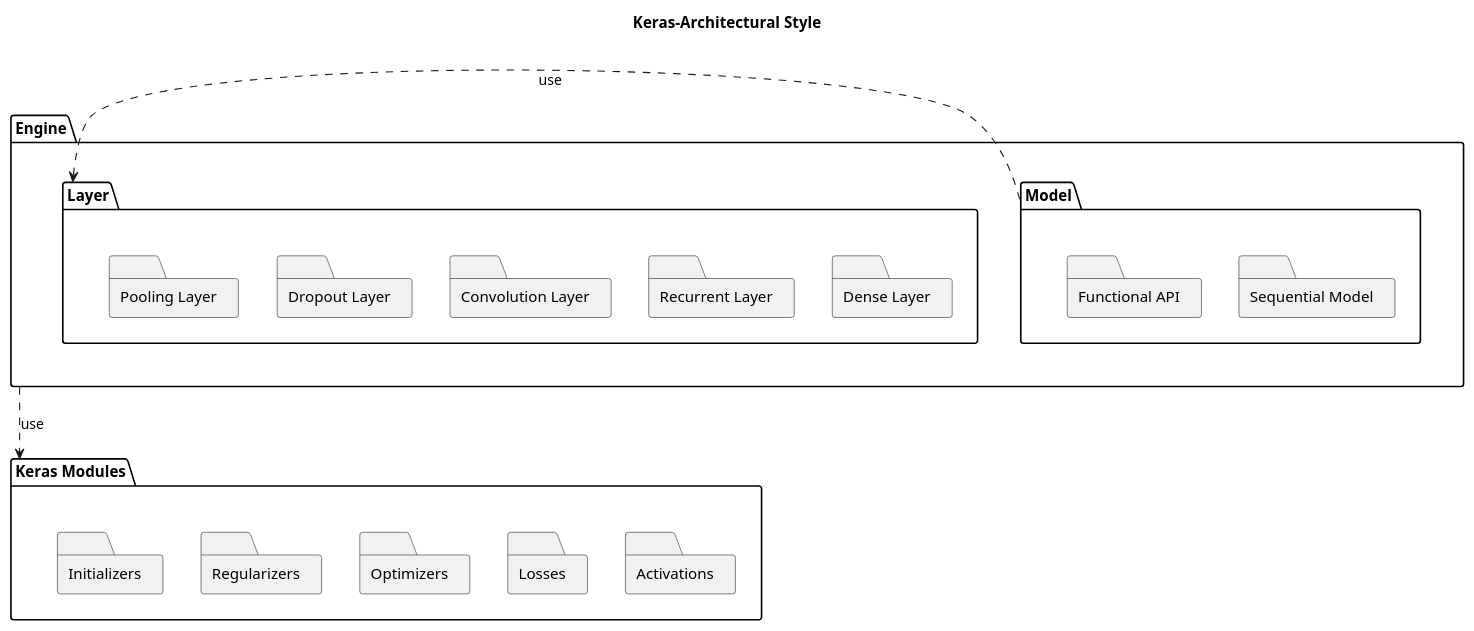
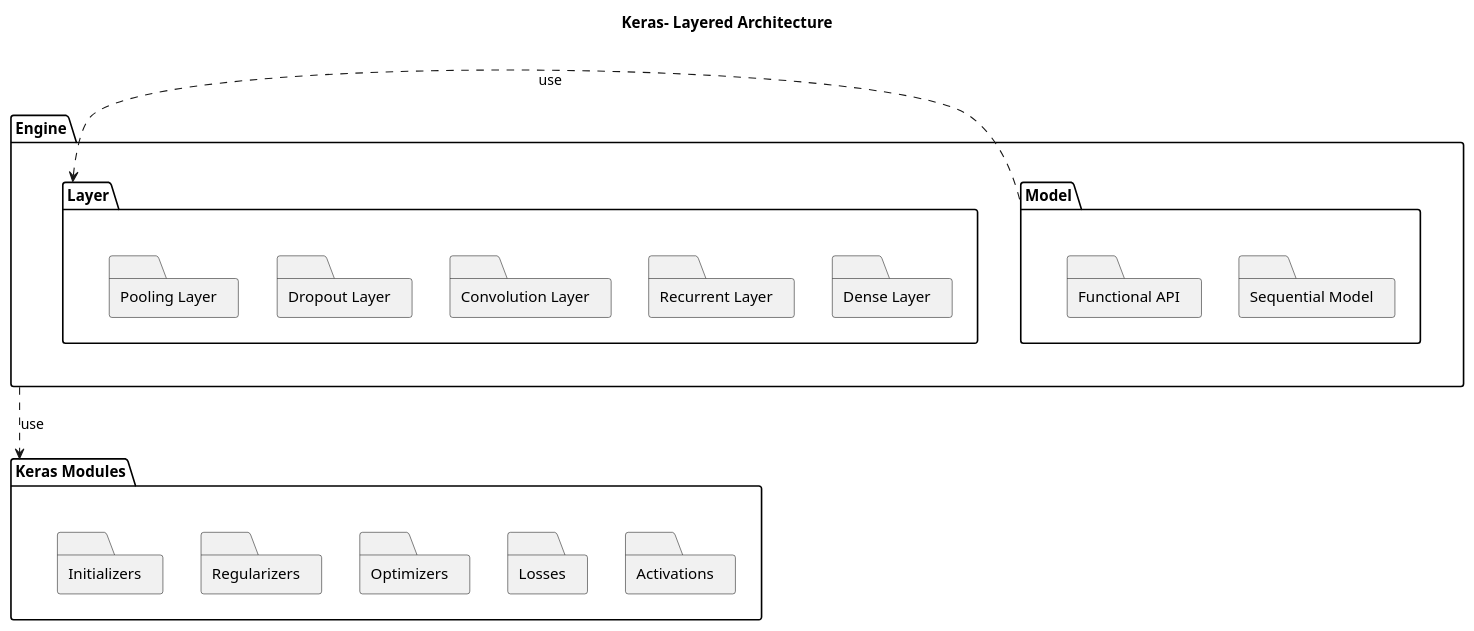
The diagram in uml_diagram/src/keras_architectural_style.puml (pholpaphankorn/keras_softarch_assignment), drawn with PlantUML before and after one commit. The commit also changed 2 other files, not shown here.

Commit message:
add diagram png

```diff
--- a/uml_diagram/src/keras_architectural_style.puml
+++ b/uml_diagram/src/keras_architectural_style.puml
@@ -1,50 +1,50 @@
 @startuml
-title Keras-Architectural Style
+title Keras- Layered Architecture
 package Engine{
 package Model{
     package "Sequential Model" <<Folder>>{
 
     }
     package "Functional API" <<Folder>>{
         
     }
 }
 package Layer{
     package "Dense Layer" <<Folder>>{
 
     }
     package "Recurrent Layer" <<Folder>>{
 
     }
     package "Convolution Layer" <<Folder>>{
 
     } 
     package "Dropout Layer" <<Folder>>{
 
     } 
     package "Pooling Layer" <<Folder>>{
 
     } 
 }
 }
 package "Keras Modules" {
     package Activations <<Folder>>{
 
     }
     package Losses <<Folder>>{
 
     }
     package Optimizers <<Folder>>{
 
     }
     package Regularizers <<Folder>>{
 
     }
     package Initializers <<Folder>>{
 
     }
 }
 Layer <.right. Model: use
 Engine .down.> "Keras Modules": use
 
 @enduml
```
